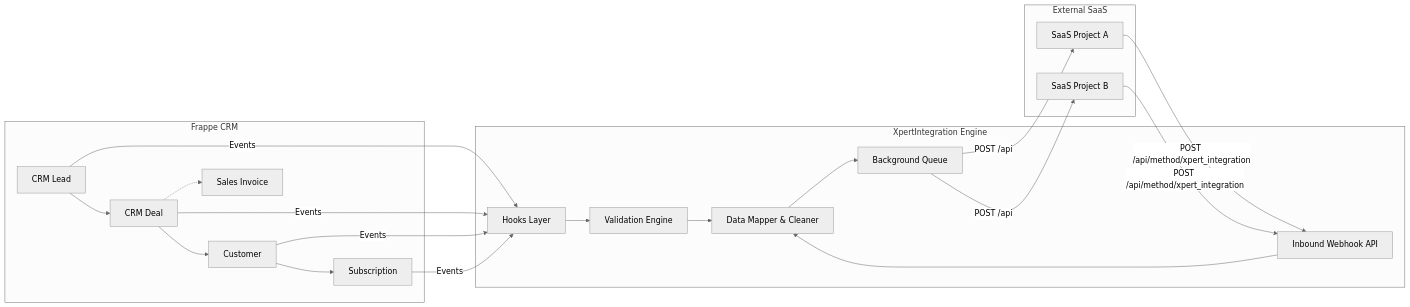
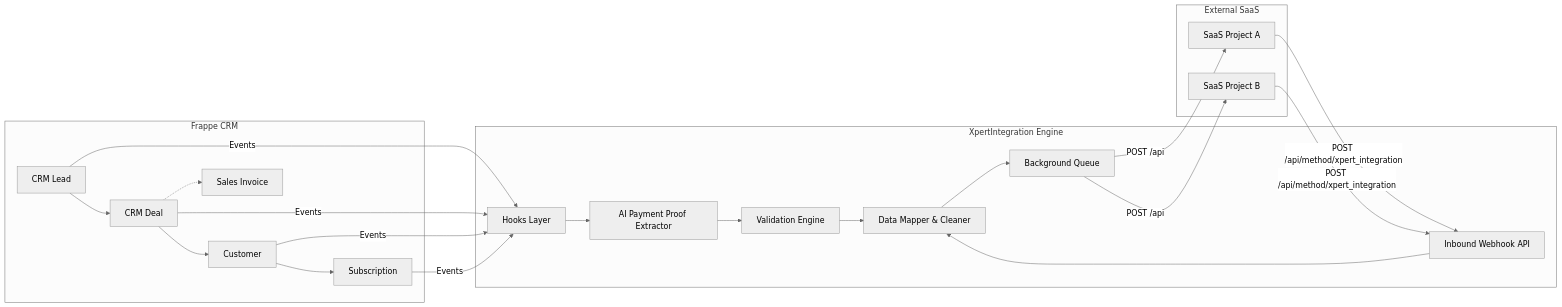
Before and after one commit to Umer2560/xpertcrm: the diagram in docs/XPERTINTEGRATION_TECHNICAL_DOCUMENTATION.md, drawn with Mermaid (neutral theme). The commit also changed other lines of this file and 17 other files, not shown here.

````diff
--- a/docs/XPERTINTEGRATION_TECHNICAL_DOCUMENTATION.md
+++ b/docs/XPERTINTEGRATION_TECHNICAL_DOCUMENTATION.md
@@ -19,32 +20,33 @@
 ```mermaid
 flowchart LR
     subgraph Frappe CRM
         L[CRM Lead] --> D[CRM Deal]
         D --> C[Customer]
         C --> S[Subscription]
         D -.-> SI[Sales Invoice]
     end
 
     subgraph XpertIntegration Engine
         H[Hooks Layer]
+        AI[AI Payment Proof Extractor]
         V[Validation Engine]
         M[Data Mapper & Cleaner]
         Q[Background Queue]
         W[Inbound Webhook API]
         
-        H --> V --> M --> Q
+        H --> AI --> V --> M --> Q
         W --> M
     end
     
     subgraph External SaaS
         P_A[SaaS Project A]
         P_B[SaaS Project B]
     end
 
     L & D & C & S -- Events --> H
     Q -- POST /api --> P_A
     Q -- POST /api --> P_B
     
     P_A -- POST /api/method/xpert_integration --> W
     P_B -- POST /api/method/xpert_integration --> W
 ```
````
